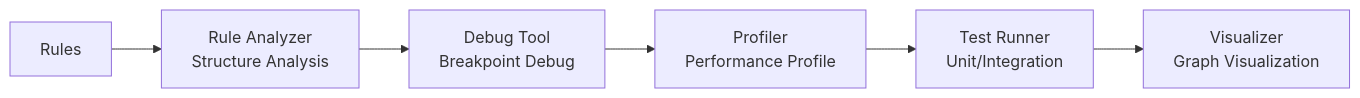
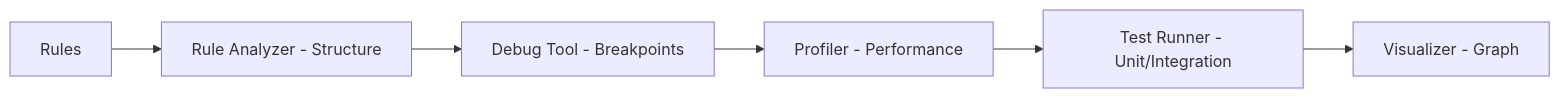
Diagram 16 of 18 in README.md (LifeJiggy/Rules-Emerging-Pattern), drawn with Mermaid before and after one commit. The commit also changed other lines of this file, not shown here.

Commit message:
Fix Mermaid diagrams for GitHub rendering - remove theme directives, emoji, subgraph titles, and br tags

````diff
--- a/README.md
+++ b/README.md
@@ -402,8 +401,8 @@
 ```mermaid
 flowchart LR
-    Rules["Rules"] --> Analyzer["Rule Analyzer<br/>Structure Analysis"]
-    Analyzer --> Debug["Debug Tool<br/>Breakpoint Debug"]
-    Debug --> Profiler["Profiler<br/>Performance Profile"]
-    Profiler --> Test["Test Runner<br/>Unit/Integration"]
-    Test --> VIZ["Visualizer<br/>Graph Visualization"]
+    Rules["Rules"] --> Analyzer["Rule Analyzer - Structure"]
+    Analyzer --> Debug["Debug Tool - Breakpoints"]
+    Debug --> Profiler["Profiler - Performance"]
+    Profiler --> Test["Test Runner - Unit/Integration"]
+    Test --> VIZ["Visualizer - Graph"]
 ```
````
